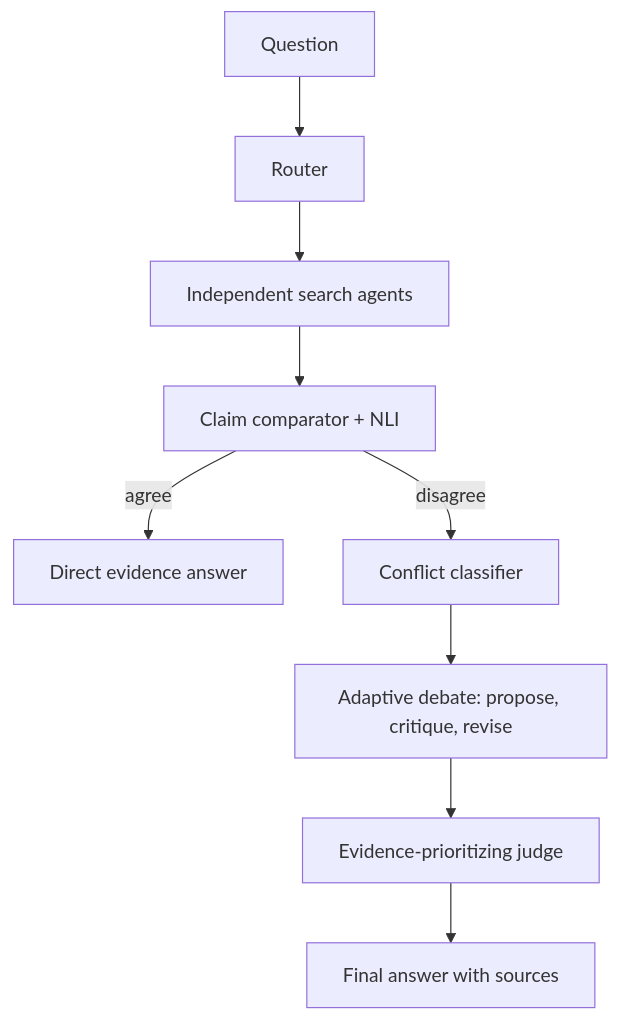
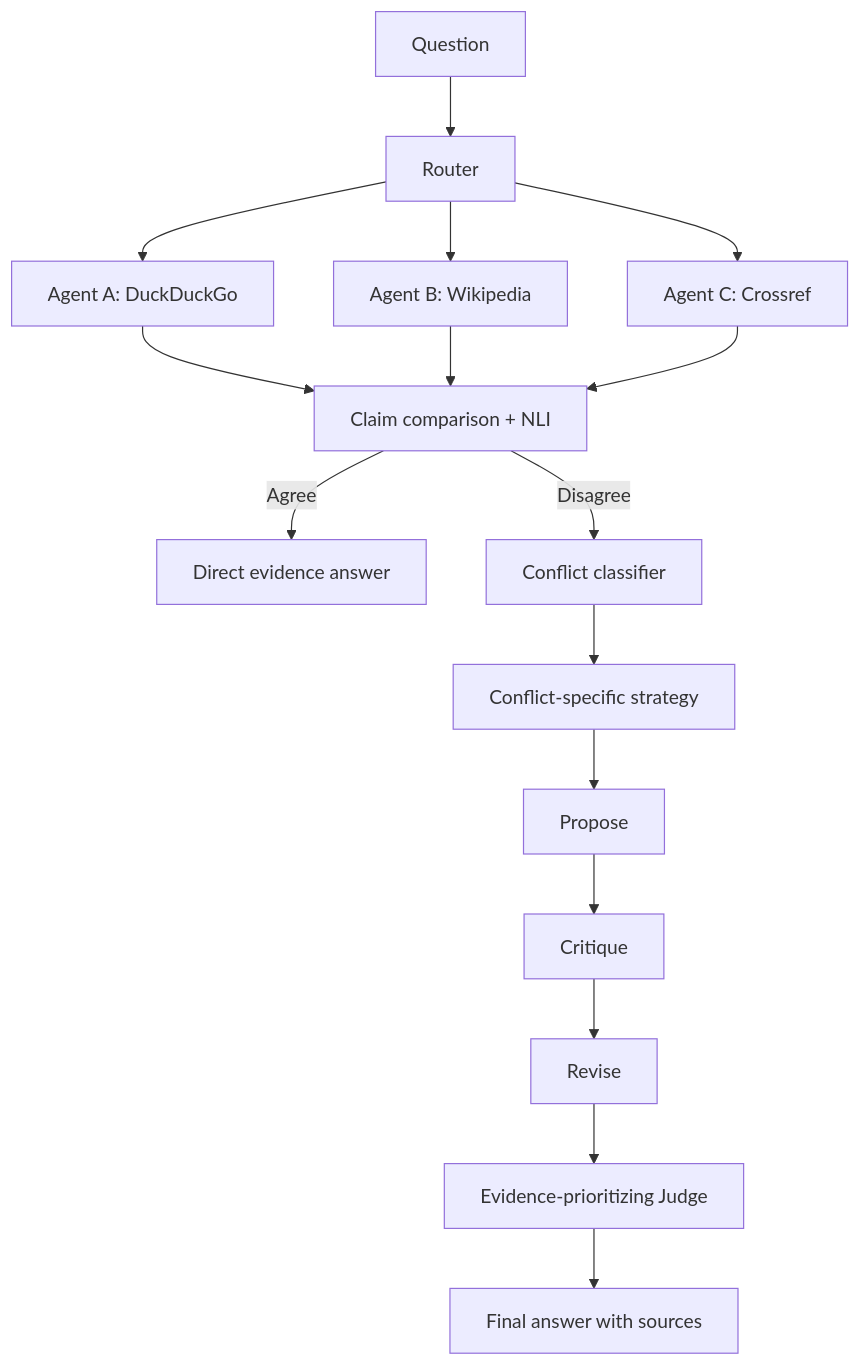
The diagram in README.md (Suhas-Koheda/MAD), drawn with Mermaid before and after one commit. The commit also changed other lines of this file and 1 other file, not shown here.

````diff
--- a/README.md
+++ b/README.md
@@ -30,9 +233,18 @@
 ```mermaid
 flowchart TD
- Q[Question] --> R[Router] --> A[Independent search agents]
- A --> C[Claim comparator + NLI]
- C -->|agree| D[Direct evidence answer]
- C -->|disagree| X[Conflict classifier]
- X --> B[Adaptive debate: propose, critique, revise]
- B --> J[Evidence-prioritizing judge] --> F[Final answer with sources]
+ Q[Question] --> R[Router]
+ R --> A[Agent A: DuckDuckGo]
+ R --> B[Agent B: Wikipedia]
+ R --> C[Agent C: Crossref]
+ A --> X[Claim comparison + NLI]
+ B --> X
+ C --> X
+ X -->|Agree| D[Direct evidence answer]
+ X -->|Disagree| T[Conflict classifier]
+ T --> S[Conflict-specific strategy]
+ S --> P[Propose]
+ P --> K[Critique]
+ K --> V[Revise]
+ V --> J[Evidence-prioritizing Judge]
+ J --> F[Final answer with sources]
 ```
````
